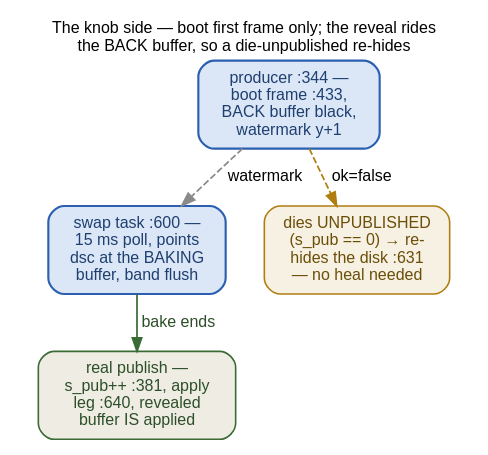
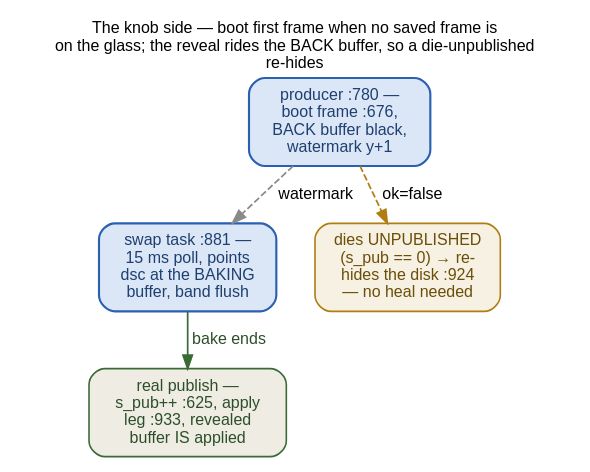
One commit to ukos-git/moon-clock-esp changed the diagram in docs/_graphs/bake-reveal-knob.dot. Above: the diagram before and after it, drawn with Graphviz. The commit also changed 9 other files, not shown here.

```diff
--- a/docs/_graphs/bake-reveal-knob.dot
+++ b/docs/_graphs/bake-reveal-knob.dot
@@ -1,53 +1,58 @@
 // The knob side of the bake reveal, in full —
-// knob/components, Kconfig KNOB_UI_BAKE_REVEAL (boot first frame ONLY:
-// no SD socket, every boot computes ~1 s — the knob's only black
-// window). Every edge verified in knob/components/knob_ui/knob_ui.c
-// (bake_publish :344, swap_task :588) + knob_moon.c (bake_frame).
+// knob/components, Kconfig KNOB_UI_BAKE_REVEAL (the boot first frame
+// ONLY when no usable KNOB_UI_LAST_FRAME frame is on the glass: no SD
+// socket, every boot computes ~1 s — the knob's black window, closed
+// across a real deep sleep by the persisted /spiffs/moon_frame.bin,
+// shown by last_frame_warm :394 as ONE atomic whole-panel flush and
+// swapped over by the fresh bake, which then passes reveal=false).
+// Every edge verified in knob/components/knob_ui/knob_ui.c
+// (bake_publish :588, swap_task :881) + knob_moon.c (bake_frame).
 // Producer task (prio 5, pinned CPU1, unregistered): bake_publish
-// (epoch, caption, reveal=true :344) — static_once_body's boot frame
-// :433. bake_frame with pub_rows (knob_moon.c): memset the BACK buffer
+// (epoch, caption, reveal, sig :588) — static_once_body's boot frame
+// :676 (reveal off under s_warm_on_glass, the half-old/half-new ban).
+// bake_frame with pub_rows (knob_moon.c): memset the BACK buffer
 // black, then per row moon_bake_rows + LUT-convert into out, SEQ_CST
 // fence, watermark *pub_rows = y+1 (the s_pub fence shape), vTaskDelay
 // (1) every 16 rows.
 // Swap task (prio 7, 15 ms poll, the panel owner) edge-detects
-// s_reveal_active :600 and per new watermark: point s_moon_dsc at the
+// s_reveal_active :893 and per new watermark: point s_moon_dsc at the
 // buffer BEING BAKED, unhide the disk at the FIRST completed rows,
 // lv_obj_invalidate_area [shown, pub) on every image, ONE atomic band
-// lv_refr_now under lvgl_lock :612-627 — states identical to the
+// lv_refr_now under lvgl_lock :905-920 — states identical to the
 // clock's, the pacing task is not.
-// The real publish follows: SEQ_CST fence + s_pub++ :381, the swap's
-// apply leg :640 lands the frame (descriptor swap + one atomic
+// The real publish follows: SEQ_CST fence + s_pub++ :625, the swap's
+// apply leg :933 lands the frame (descriptor swap + one atomic
 // lv_refr_now) and clears s_reveal_displayed — the revealed buffer IS
 // the applied frame now.
-// A reveal that dies UNPUBLISHED (s_pub == 0) re-hides the disk :631 —
+// A reveal that dies UNPUBLISHED (s_pub == 0) re-hides the disk :924 —
 // the honest "moon unavailable" posture the plain bake already had. No
 // heal path needed: the reveal lives in the BACK buffer, the front
 // frame never diverged. Day-tick re-bakes and wake bakes pass
 // reveal=false — old-frame-then-atomic, no black window.
 // FONTS: 12 pt = the page's 16 px body text at 1:1 — kept inside the
 // content column.
 // Rendered inline as SVG by sphinx.ext.graphviz (dot on PATH).
 digraph bake_reveal_knob {
     rankdir=TB;
-    label="The knob side — boot first frame only; the reveal rides\nthe BACK buffer, so a die-unpublished re-hides";
+    label="The knob side — boot first frame when no saved frame is\non the glass; the reveal rides the BACK buffer, so a die-unpublished\nre-hides";
     labelloc="t"; labeljust="c";
     fontname="Helvetica"; fontsize=12;
     graph [nodesep=0.4, ranksep=0.42];
     node [fontname="Helvetica", fontsize=12, shape=box, style="rounded,filled",
           width=0, height=0, margin="0.16,0.10", fillcolor="#f2f2ef",
           color="#525252", penwidth=1.2];
     edge [fontname="Helvetica", fontsize=12, color="#8a8a8a", penwidth=1.3];
 
-    prod [label="producer :344 —\nboot frame :433,\nBACK buffer black,\nwatermark y+1",
+    prod [label="producer :780 —\nboot frame :676,\nBACK buffer black,\nwatermark y+1",
           fillcolor="#dbe7f6", color="#2b5fb0", fontcolor="#1e3f70", penwidth=1.6];
-    swap [label="swap task :600 —\n15 ms poll, points\ndsc at the BAKING\nbuffer, band flush",
+    swap [label="swap task :881 —\n15 ms poll, points\ndsc at the BAKING\nbuffer, band flush",
           fillcolor="#dbe7f6", color="#2b5fb0", fontcolor="#1e3f70", penwidth=1.6];
-    apply [label="real publish —\ns_pub++ :381, apply\nleg :640, revealed\nbuffer IS applied",
+    apply [label="real publish —\ns_pub++ :625, apply\nleg :933, revealed\nbuffer IS applied",
            fillcolor="#efece4", color="#3a6b35", fontcolor="#2c4f29"];
-    hide [label="dies UNPUBLISHED\n(s_pub == 0) → re-\nhides the disk :631\n— no heal needed",
+    hide [label="dies UNPUBLISHED\n(s_pub == 0) → re-\nhides the disk :924\n— no heal needed",
           fillcolor="#f6f1e2", color="#b07d10", fontcolor="#6b4e08"];
 
     prod -> swap [style=dashed, label="watermark"];
     swap -> apply [color="#3a6b35", fontcolor="#2c4f29", label="bake ends"];
     prod -> hide [style=dashed, color="#b07d10", label="ok=false"];
 }
```
